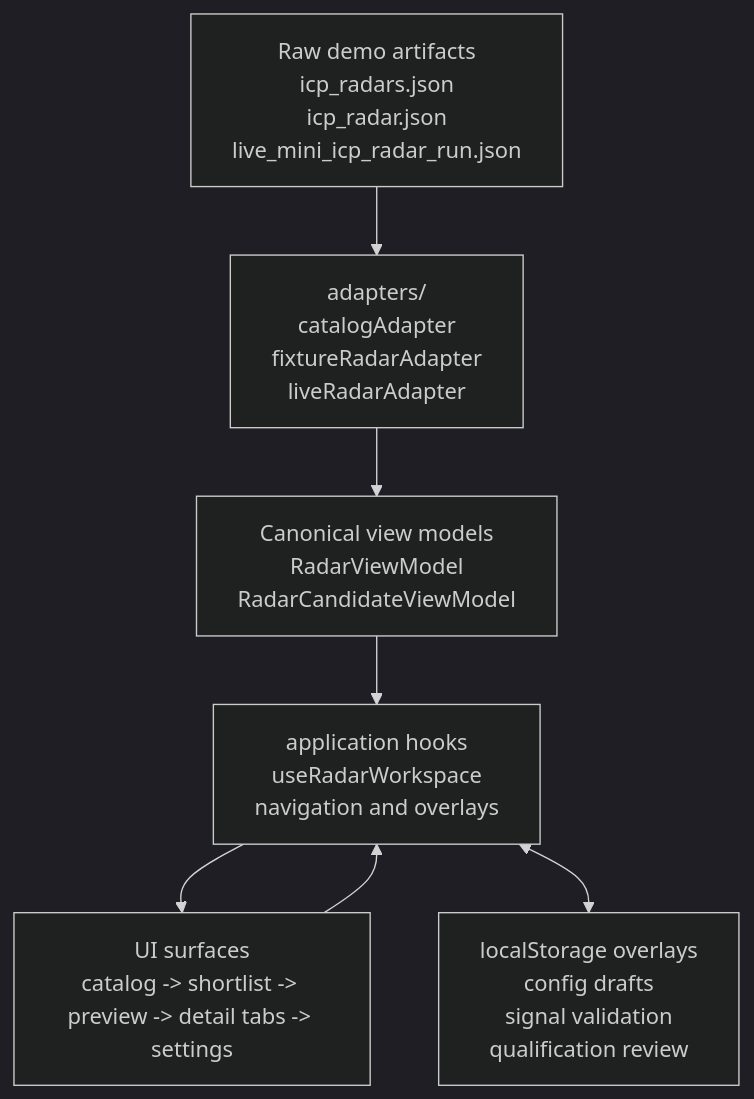
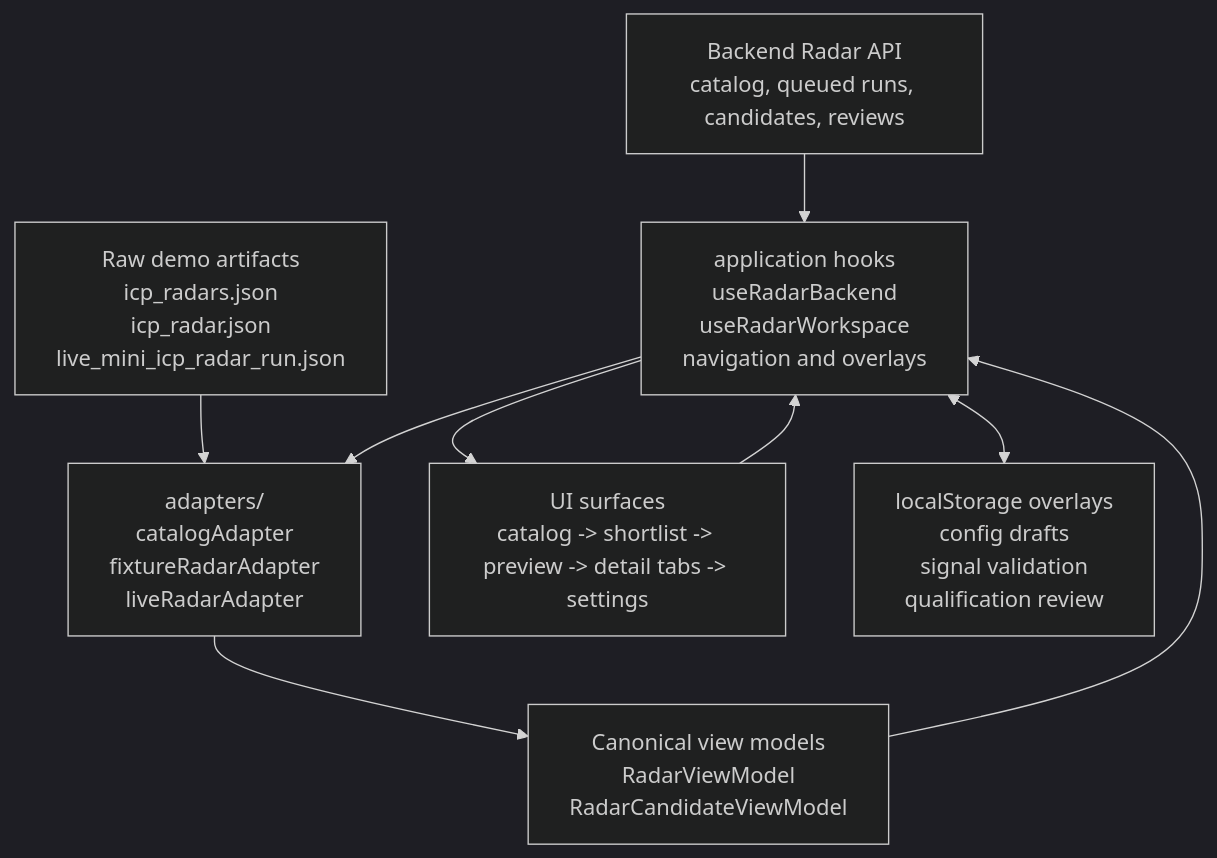
Before and after one commit to mudrezzz/power-web-os: the diagram in frontend/src/features/icp-radar/README.md, drawn with Mermaid (dark theme). The commit also changed other lines of this file and 38 other files, not shown here.

Commit message:
Add Radar frontend API flow and Docker dev stack

````diff
--- a/frontend/src/features/icp-radar/README.md
+++ b/frontend/src/features/icp-radar/README.md
@@ -26,16 +26,19 @@
 ```mermaid
 flowchart TD
+    Api["Backend Radar API<br/>catalog, queued runs, candidates, reviews"]
     RawArtifacts["Raw demo artifacts<br/>icp_radars.json<br/>icp_radar.json<br/>live_mini_icp_radar_run.json"]
     Adapters["adapters/<br/>catalogAdapter<br/>fixtureRadarAdapter<br/>liveRadarAdapter"]
     ViewModels["Canonical view models<br/>RadarViewModel<br/>RadarCandidateViewModel"]
-    AppHooks["application hooks<br/>useRadarWorkspace<br/>navigation and overlays"]
+    AppHooks["application hooks<br/>useRadarBackend<br/>useRadarWorkspace<br/>navigation and overlays"]
     UI["UI surfaces<br/>catalog -> shortlist -> preview -> detail tabs -> settings"]
     LocalOverlays["localStorage overlays<br/>config drafts<br/>signal validation<br/>qualification review"]
 
+    Api --> AppHooks
     RawArtifacts --> Adapters
+    AppHooks --> Adapters
     Adapters --> ViewModels
     ViewModels --> AppHooks
     AppHooks --> UI
     UI --> AppHooks
     AppHooks <--> LocalOverlays
 ```
````
